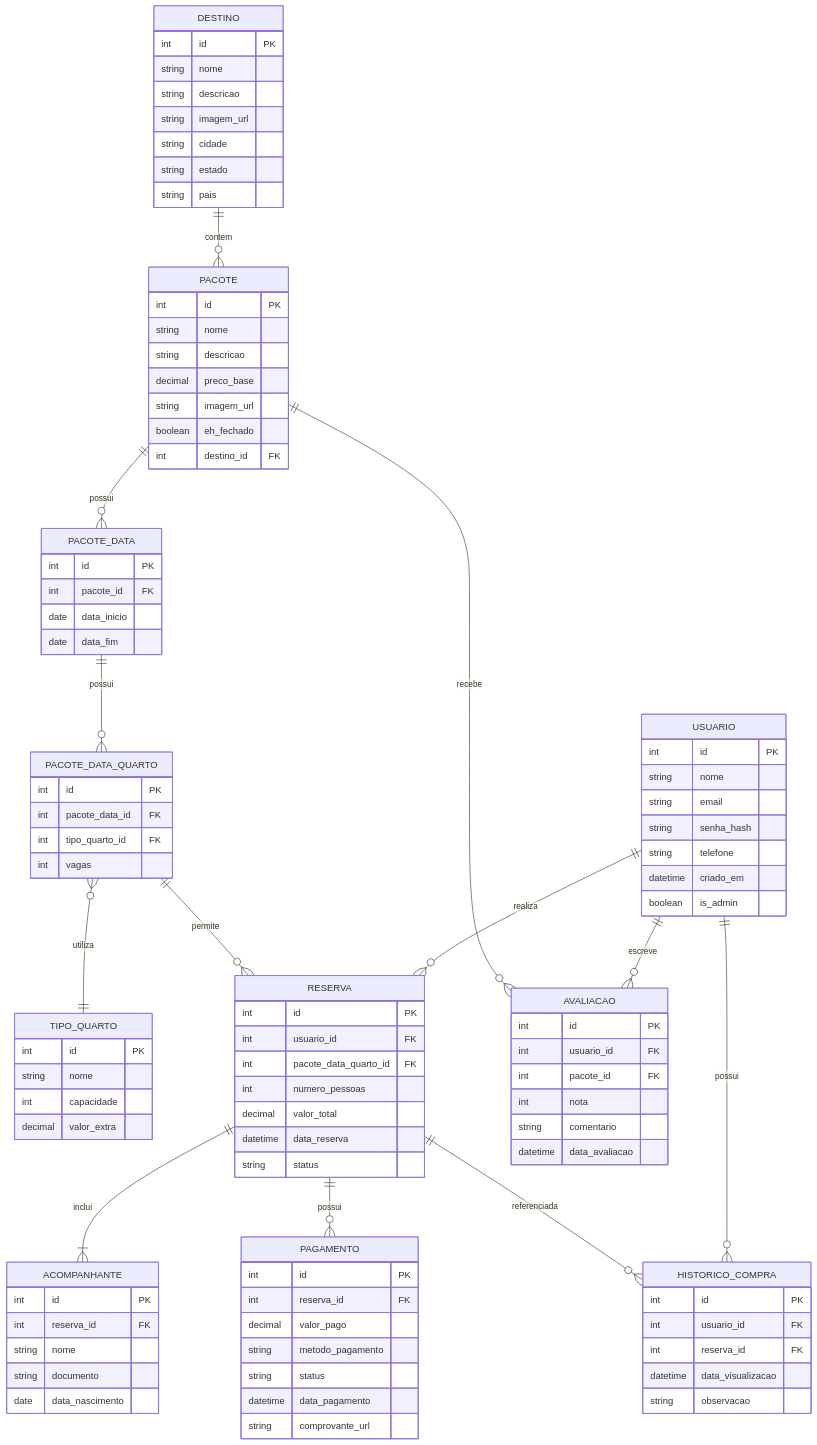
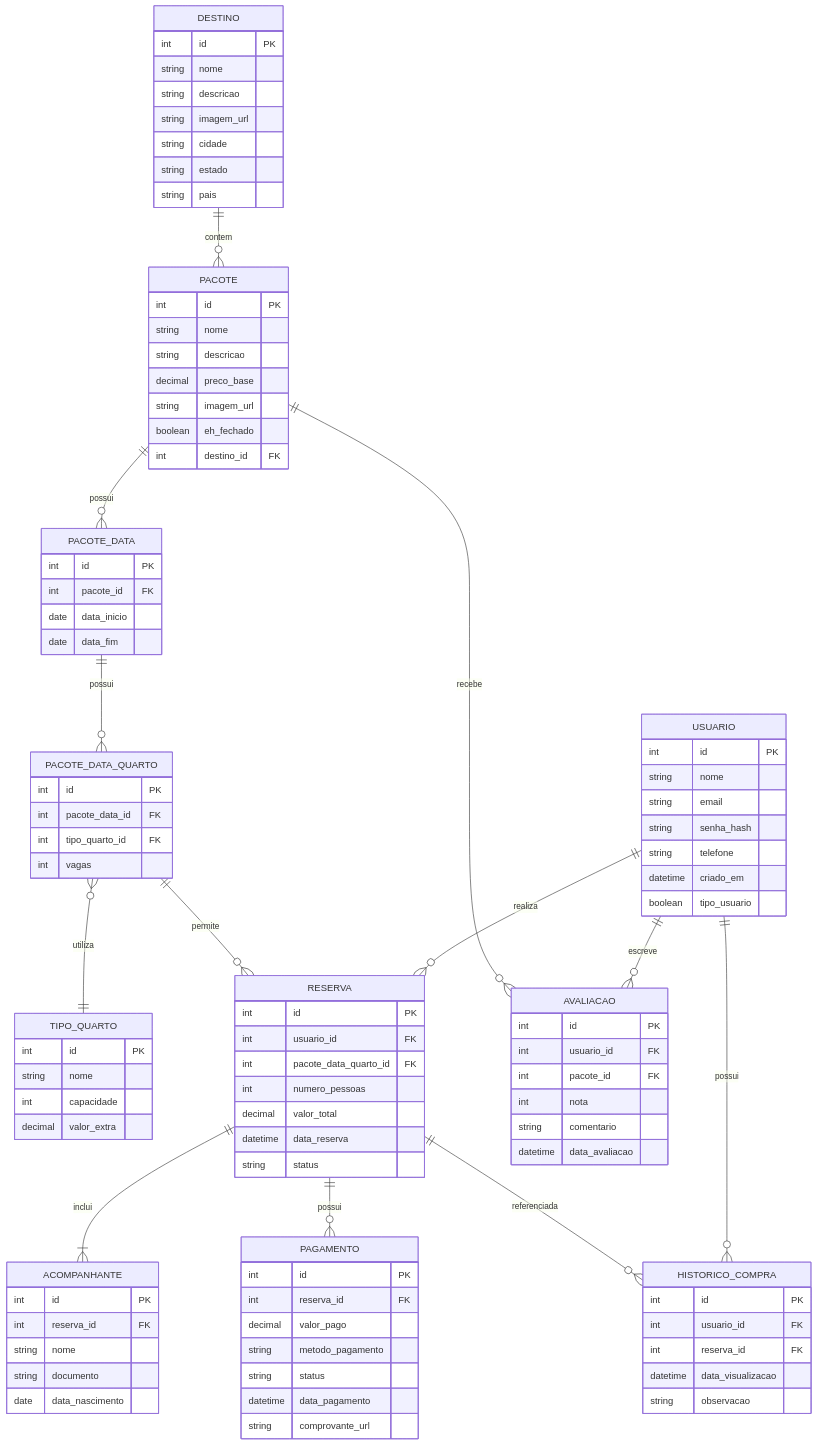
Before and after one commit to Viaggia/viaggia-server: the diagram in README.md, drawn with Mermaid. The commit also changed other lines of this file, not shown here.

```diff
--- a/README.md
+++ b/README.md
@@ -54,7 +79,7 @@
   string senha_hash
   string telefone
   datetime criado_em
-  boolean is_admin
+  boolean tipo_usuario
 }
 
 DESTINO {
```
